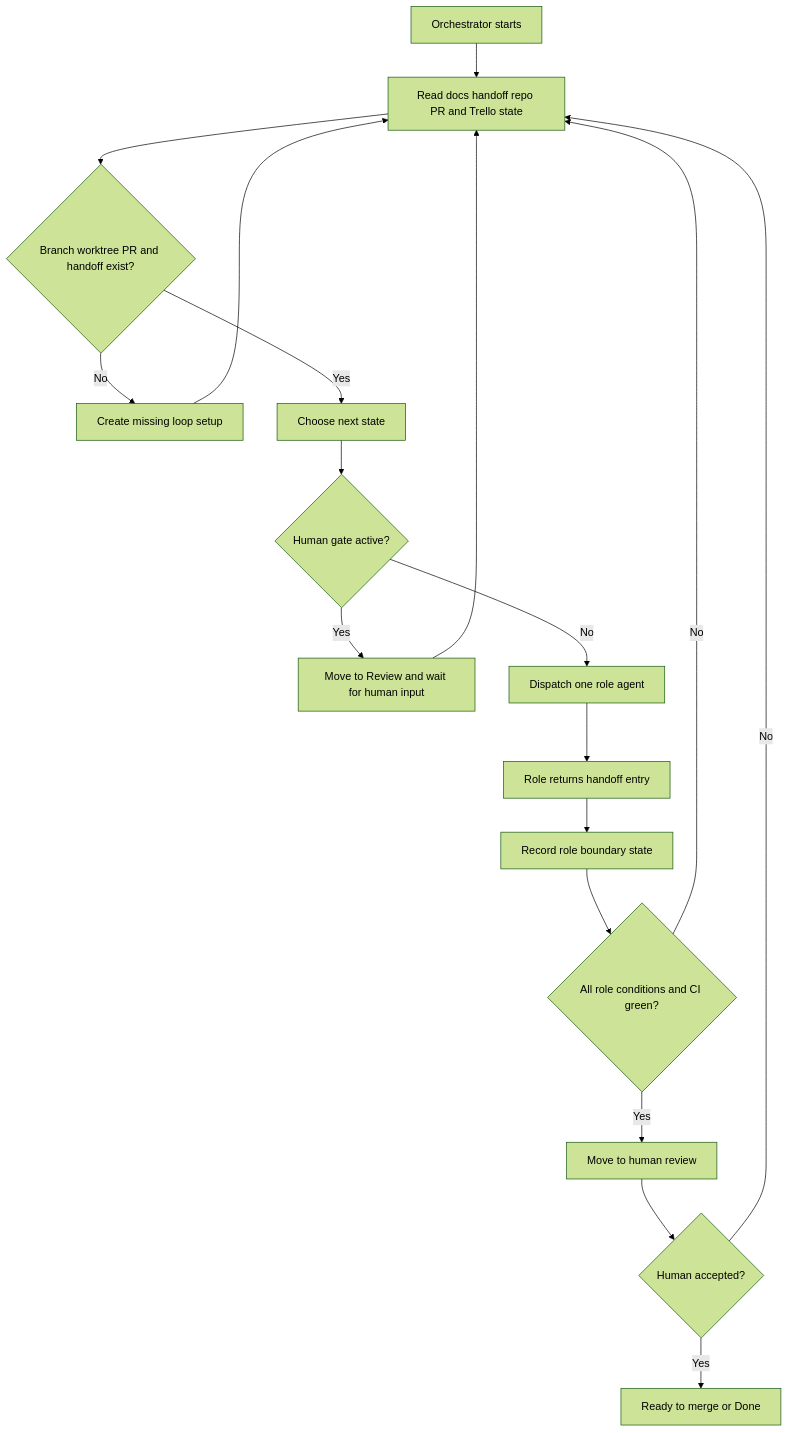
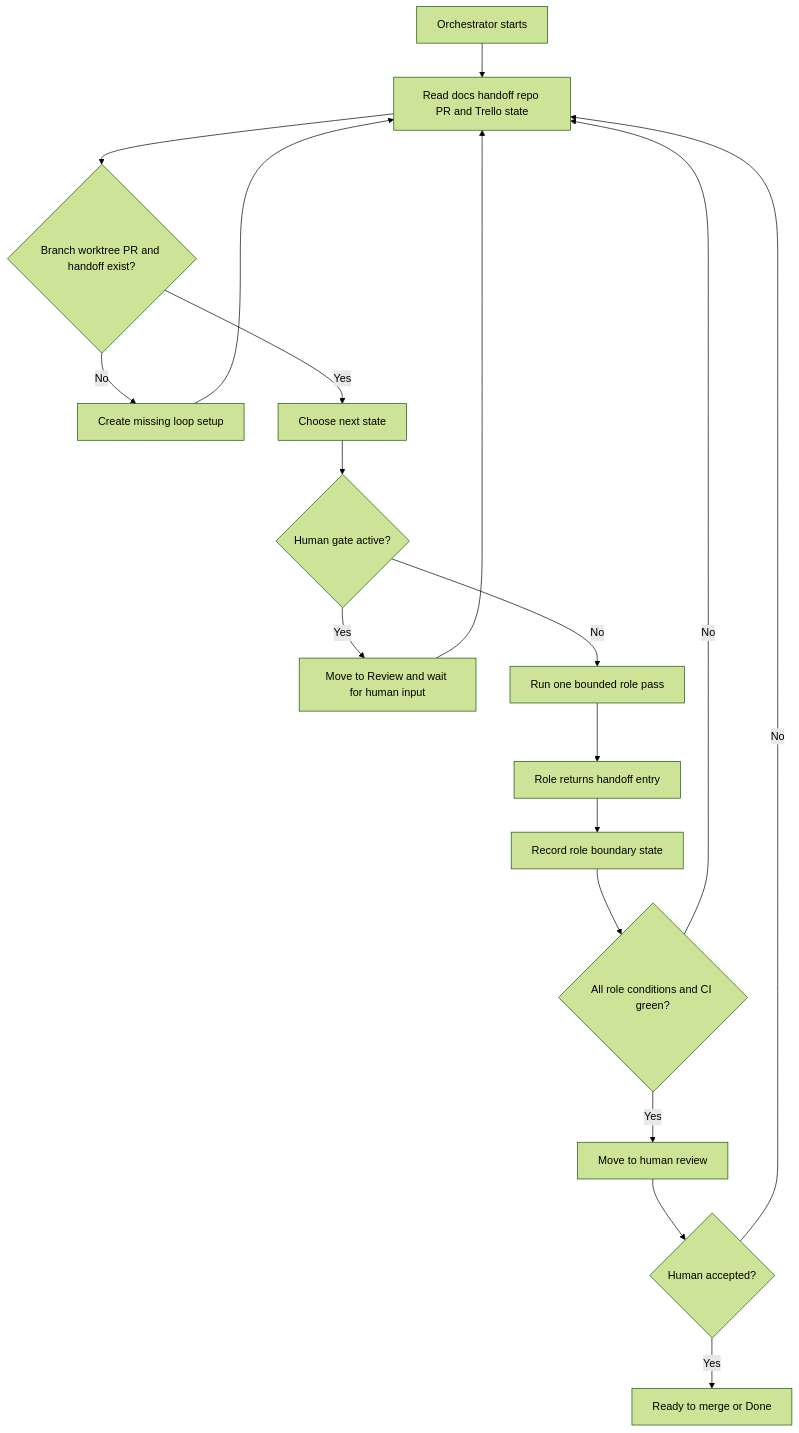
Before and after one commit to joesobo/CodeGraphyV4: the diagram in docs/agents/loops/orchestrator.md, drawn with Mermaid (forest theme). The commit also changed other lines of this file and 3 other files, not shown here.

````diff
--- a/docs/agents/loops/orchestrator.md
+++ b/docs/agents/loops/orchestrator.md
@@ -44,20 +43,20 @@
 ```mermaid
 flowchart TD
     Start["Orchestrator starts"] --> Read["Read docs handoff repo PR and Trello state"]
     Read --> Setup{"Branch worktree PR and handoff exist?"}
     Setup -->|No| Create["Create missing loop setup"]
     Create --> Read
     Setup -->|Yes| Decide["Choose next state"]
     Decide --> Human{"Human gate active?"}
     Human -->|Yes| Wait["Move to Review and wait for human input"]
     Wait --> Read
-    Human -->|No| Dispatch["Dispatch one role agent"]
+    Human -->|No| Dispatch["Run one bounded role pass"]
     Dispatch --> Return["Role returns handoff entry"]
     Return --> Record["Record role boundary state"]
     Record --> Ready{"All role conditions and CI green?"}
     Ready -->|No| Read
     Ready -->|Yes| Review["Move to human review"]
     Review --> Final{"Human accepted?"}
     Final -->|No| Read
     Final -->|Yes| Done["Ready to merge or Done"]
 ```
````
